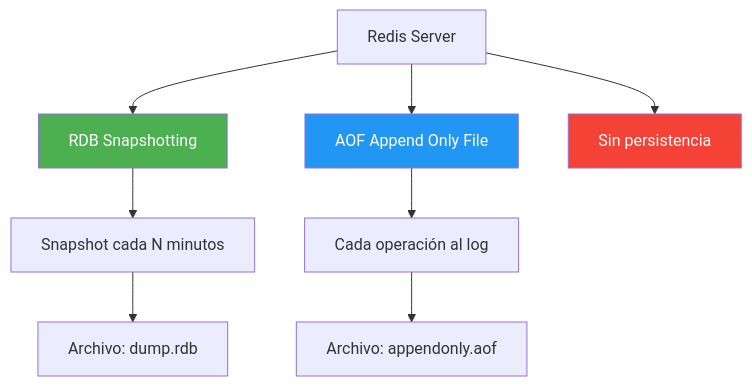
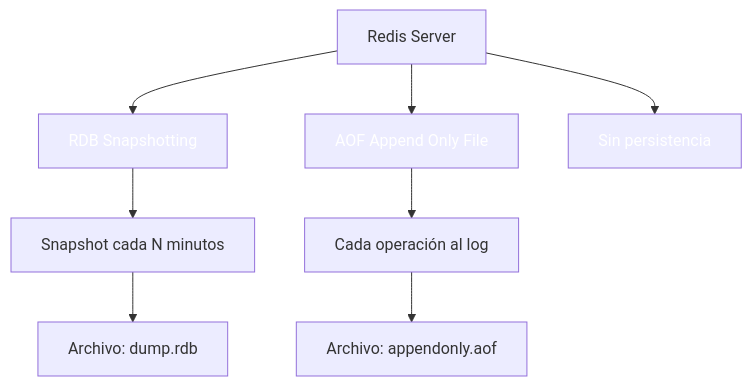
One commit to joseluisgs/DesarrolloWebEntornosServidor-02-2026-2027 changed diagram 13 of 17 in 14-cache-redis.md. Above: the diagram before and after it, drawn with Mermaid. The commit also changed other lines of this file and 41 other files, not shown here.

````diff
--- a/14-cache-redis.md
+++ b/14-cache-redis.md
@@ -465,13 +465,13 @@
 ```mermaid
 flowchart TB
     A["Redis Server"] --> B["RDB Snapshotting"]
     A --> C["AOF Append Only File"]
     A --> D["Sin persistencia"]
     B --> B1["Snapshot cada N minutos"]
     B1 --> B2["Archivo: dump.rdb"]
     C --> C1["Cada operación al log"]
     C1 --> C2["Archivo: appendonly.aof"]
-    style B fill:#4CAF50,color:#fff
-    style C fill:#2196F3,color:#fff
-    style D fill:#F44336,color:#fff
+    style B fill:#4CAF5,color:#fff0,color:#fff
+    style C fill:#2196F,color:#fff3,color:#fff
+    style D fill:#F4433,color:#fff6,color:#fff
 ```
````
